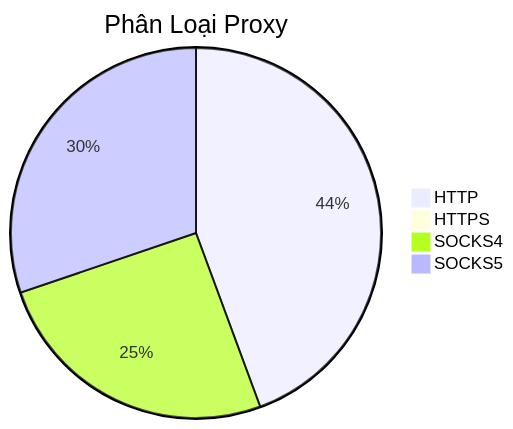
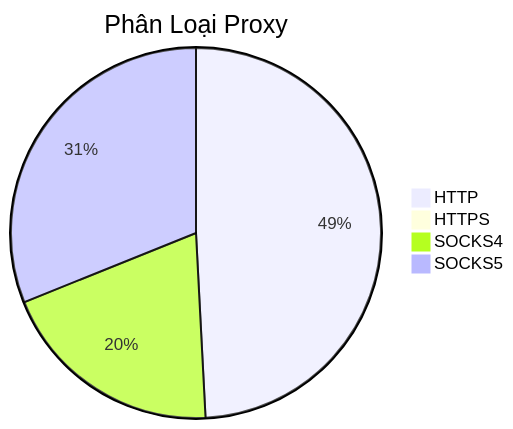
The diagram in README.md (Ciara-12/PROXY-free), drawn with Mermaid before and after one commit. The commit also changed other lines of this file and 4 other files, not shown here.

````diff
--- a/README.md
+++ b/README.md
@@ -26,7 +26,7 @@
 ```mermaid
 pie title Phân Loại Proxy
-    "HTTP" : 815
+    "HTTP" : 987
     "HTTPS" : 1
-    "SOCKS4" : 467
-    "SOCKS5" : 555
+    "SOCKS4" : 396
+    "SOCKS5" : 624
 ```
````
